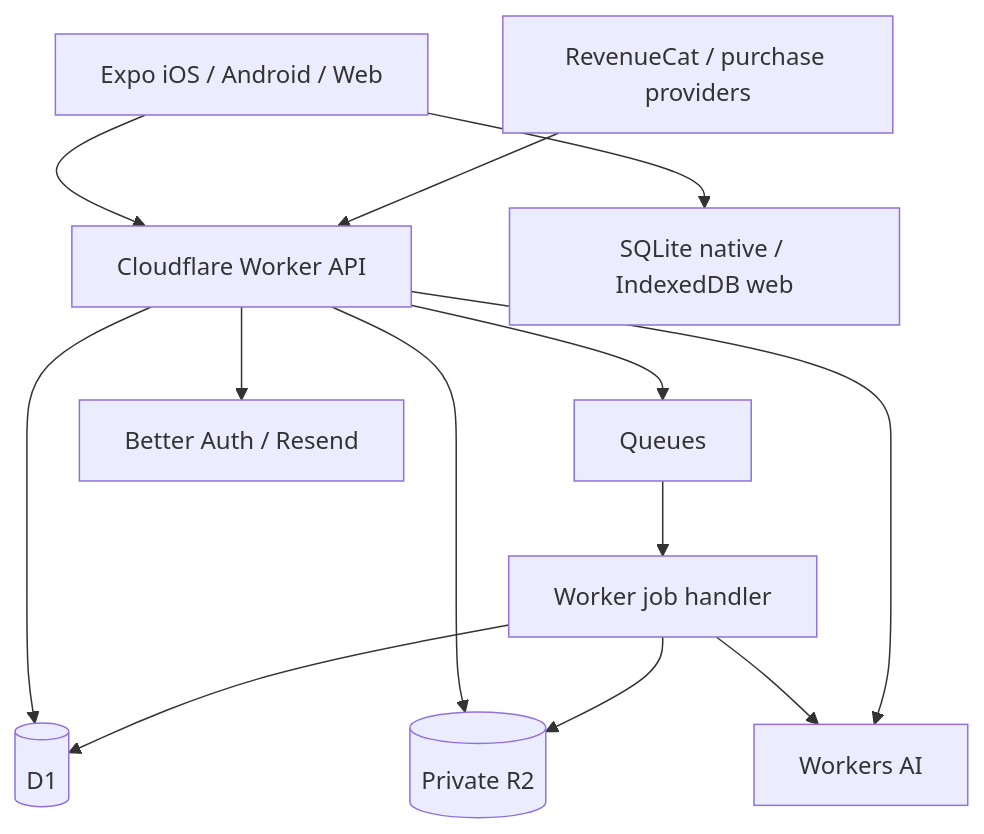
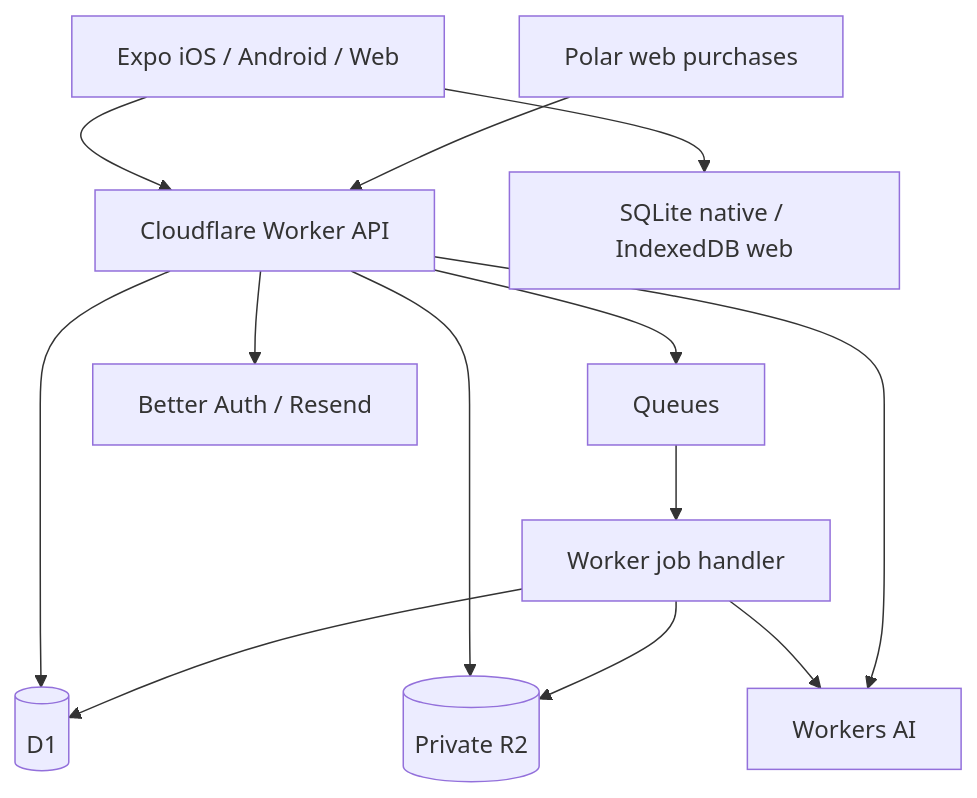
One commit to design4pro/family-cookbook changed the diagram in docs/family-cookbook-mvp/spec.md. Above: the diagram before and after it, drawn with Mermaid. The commit also changed other lines of this file and 195 other files, not shown here.

````diff
--- a/docs/family-cookbook-mvp/spec.md
+++ b/docs/family-cookbook-mvp/spec.md
@@ -150,15 +150,15 @@
 ```mermaid
 flowchart TD
   Apps[Expo iOS / Android / Web] --> API[Cloudflare Worker API]
   Apps --> Local[SQLite native / IndexedDB web]
   API --> D1[(D1)]
   API --> R2[(Private R2)]
   API --> Queue[Queues]
   Queue --> Jobs[Worker job handler]
   Jobs --> D1
   Jobs --> R2
   Jobs --> AI[Workers AI]
   API --> AI
   API --> Auth[Better Auth / Resend]
-  Billing[RevenueCat / purchase providers] --> API
+  Billing[Polar web purchases] --> API
 ```
````
